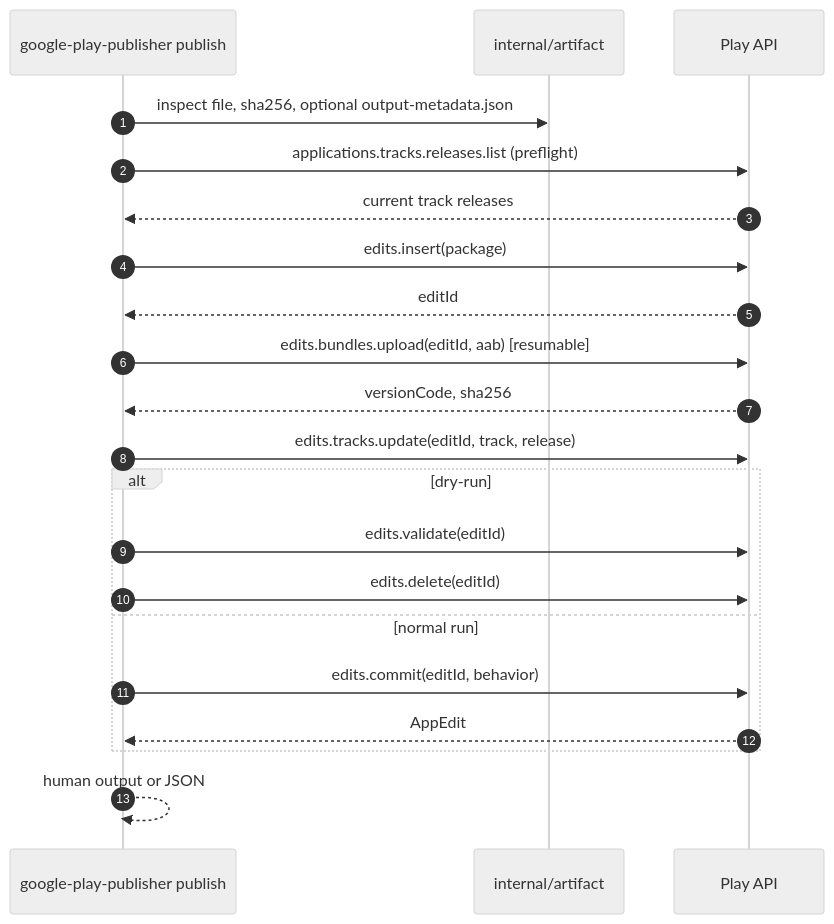
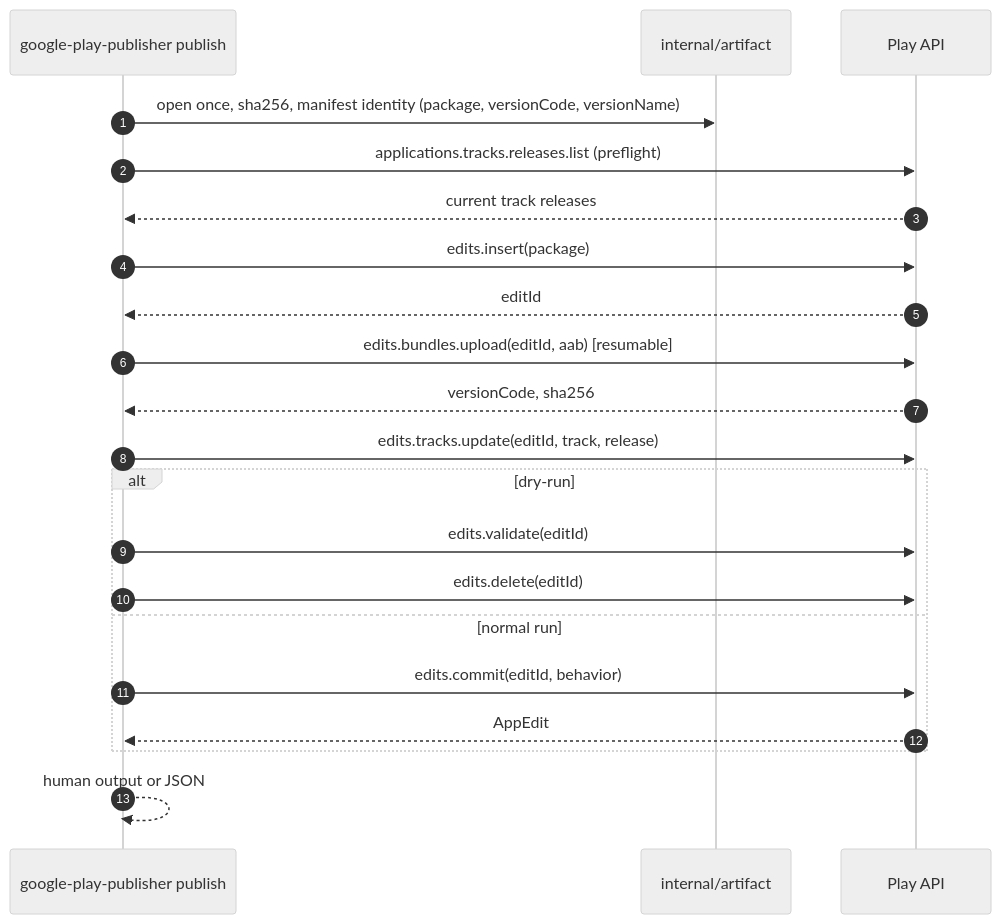
One commit to actions-marketplace-validations/vyachin_google-play-publisher changed the diagram in docs/02-architecture.md. Above: the diagram before and after it, drawn with Mermaid (neutral theme). The commit also changed other lines of this file and 20 other files, not shown here.

Commit message:
feat(cli): resolve release identity from the AAB

````diff
--- a/docs/02-architecture.md
+++ b/docs/02-architecture.md
@@ -73,24 +73,24 @@
 ```mermaid
 sequenceDiagram
     autonumber
     participant CLI as google-play-publisher publish
     participant AAB as internal/artifact
     participant API as Play API
 
-    CLI->>AAB: inspect file, sha256, optional output-metadata.json
+    CLI->>AAB: open once, sha256, manifest identity (package, versionCode, versionName)
     CLI->>API: applications.tracks.releases.list (preflight)
     API-->>CLI: current track releases
     CLI->>API: edits.insert(package)
     API-->>CLI: editId
     CLI->>API: edits.bundles.upload(editId, aab) [resumable]
     API-->>CLI: versionCode, sha256
     CLI->>API: edits.tracks.update(editId, track, release)
     alt dry-run
         CLI->>API: edits.validate(editId)
         CLI->>API: edits.delete(editId)
     else normal run
         CLI->>API: edits.commit(editId, behavior)
         API-->>CLI: AppEdit
     end
     CLI-->>CLI: human output or JSON
 ```
````
